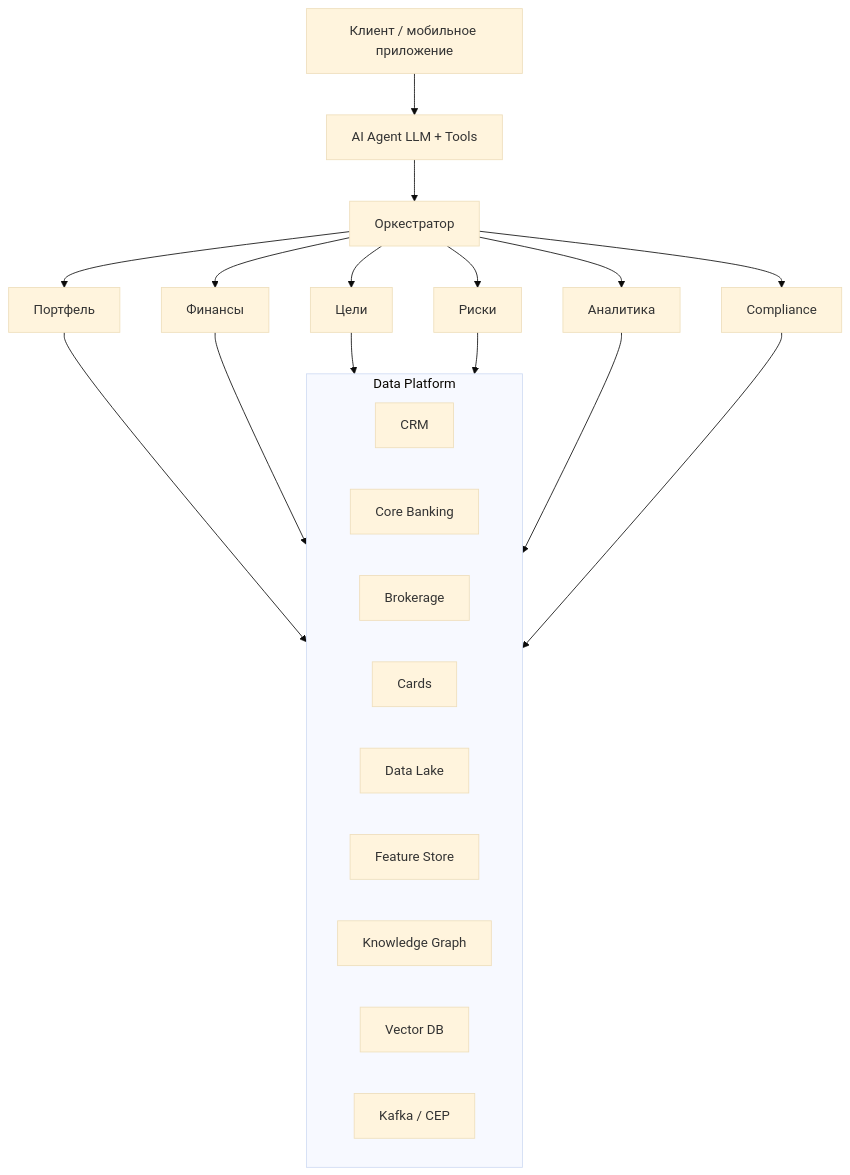
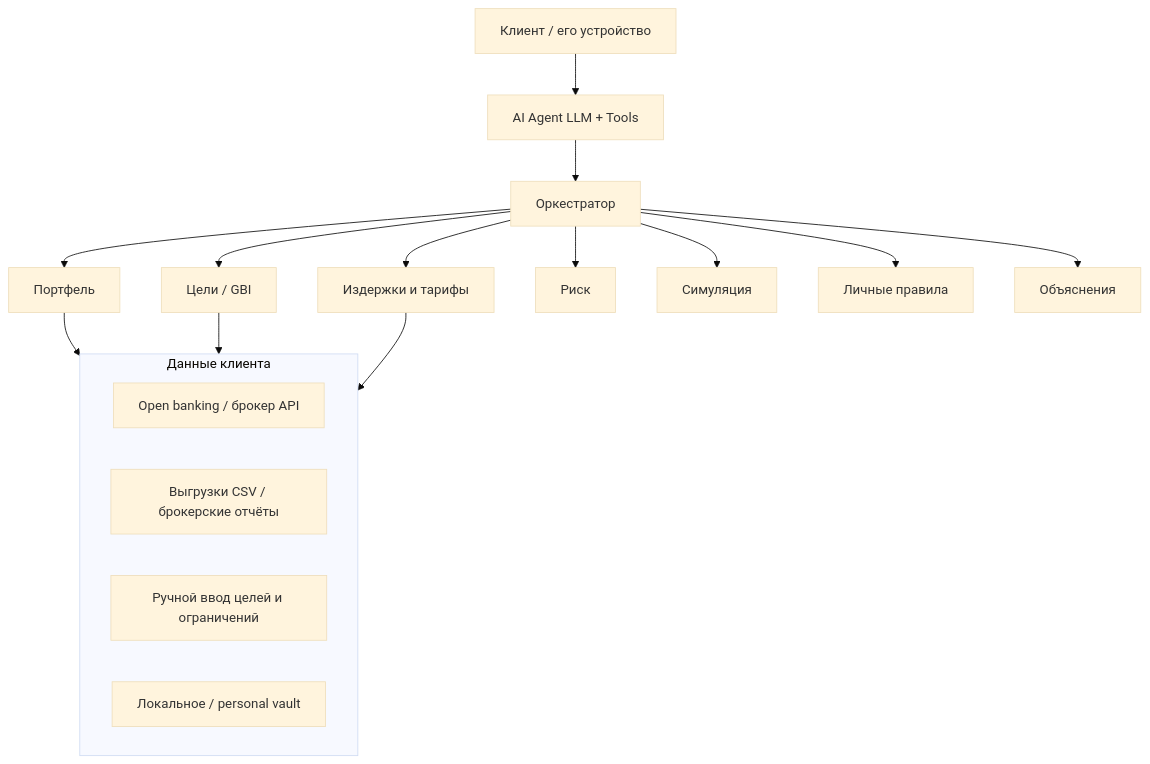
The second of 2 diagrams in publications/public/2026-07-13-banking-investor-ai-agent-ru.md (evgeniy-borisov/vairl), drawn with Mermaid (base theme) before and after one commit. The commit also changed other lines of this file and 3 other files, not shown here.

First line of the commit message:
Перестроить статью вокруг конфликта NPV банка и клиента и client-side агента.

````diff
--- a/publications/public/2026-07-13-banking-investor-ai-agent-ru.md
+++ b/publications/public/2026-07-13-banking-investor-ai-agent-ru.md
@@ -170,30 +275,26 @@
 ```mermaid
 flowchart TB
-    Client["Клиент / мобильное приложение"]
+    User["Клиент / его устройство"]
     Agent["AI Agent LLM + Tools"]
     Orch["Оркестратор"]
 
     Portfolio["Портфель"]
-    Finance["Финансы"]
-    Goals["Цели"]
-    Risk["Риски"]
-    Analytics["Аналитика"]
-    Compliance["Compliance"]
+    Goals["Цели / GBI"]
+    Cost["Издержки и тарифы"]
+    Risk["Риск"]
+    Sim["Симуляция"]
+    Policy["Личные правила"]
+    Comm["Объяснения"]
 
-    Client --> Agent --> Orch
-    Orch --> Portfolio & Finance & Goals & Risk & Analytics & Compliance
+    User --> Agent --> Orch
+    Orch --> Portfolio & Goals & Cost & Risk & Sim & Policy & Comm
 
-    subgraph DataPlatform ["Data Platform"]
-        CRM["CRM"]
-        Core["Core Banking"]
-        Broker["Brokerage"]
-        Cards["Cards"]
-        Lake["Data Lake"]
-        FS["Feature Store"]
-        KG["Knowledge Graph"]
-        VDB["Vector DB"]
-        Kafka["Kafka / CEP"]
+    subgraph Data ["Данные клиента"]
+        OB["Open banking / брокер API"]
+        Files["Выгрузки CSV / брокерские отчёты"]
+        Manual["Ручной ввод целей и ограничений"]
+        Local["Локальное / personal vault"]
     end
 
-    Portfolio & Finance & Goals & Risk & Analytics & Compliance --> DataPlatform
+    Portfolio & Goals & Cost --> Data
 ```
````
